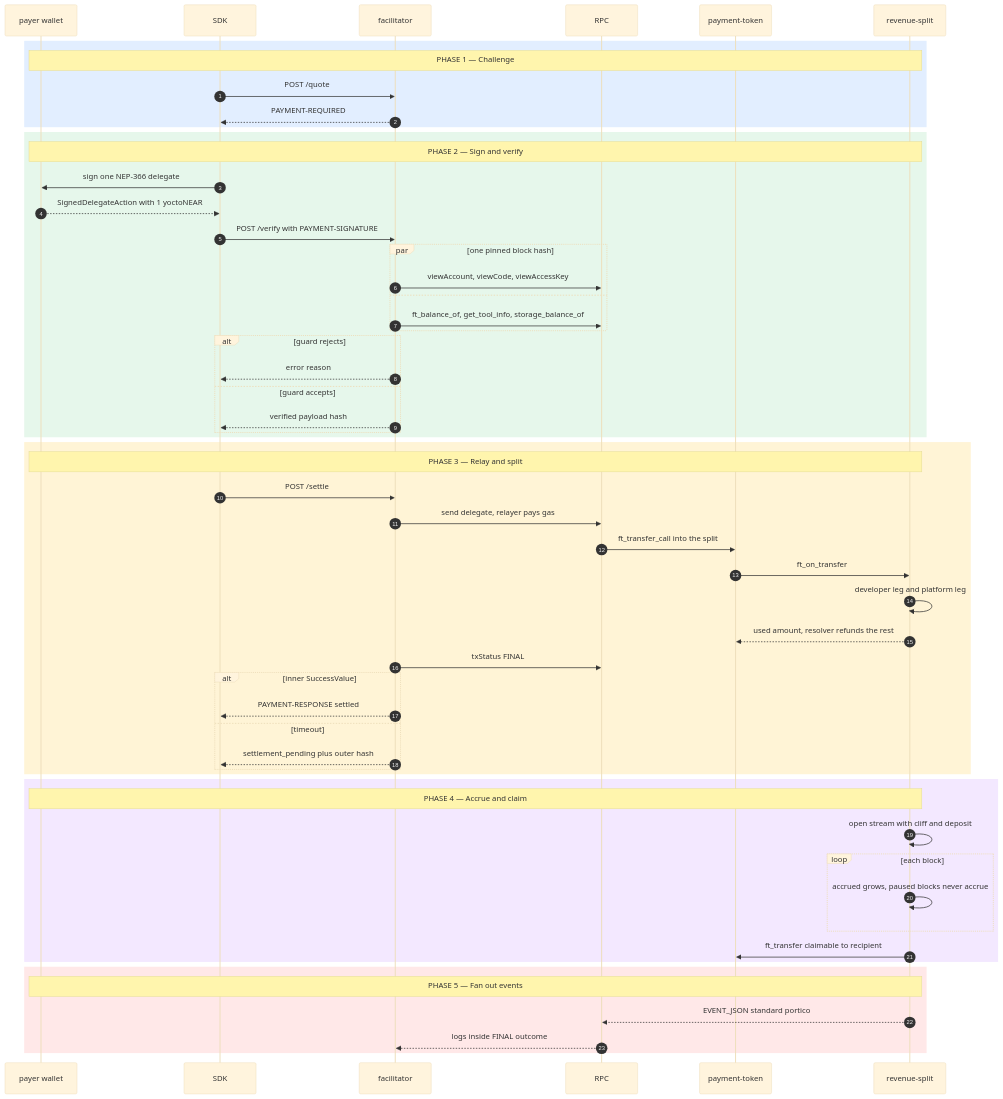
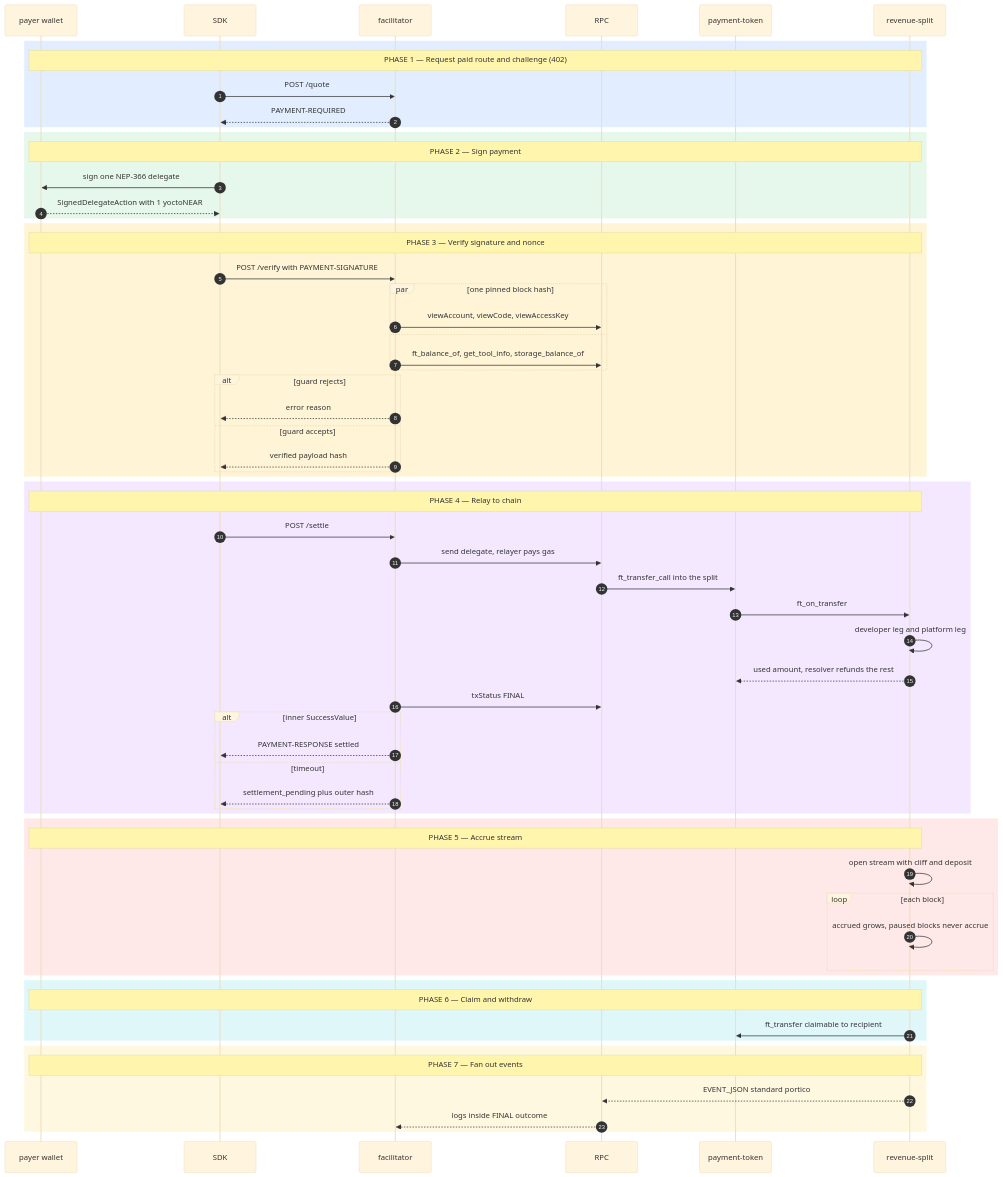
One commit to skthnr/paid-api-payment-rail changed the diagram in README.md. Above: the diagram before and after it, drawn with Mermaid.

Commit message:
docs(portico): expand diagram to 7 phases

````diff
--- a/README.md
+++ b/README.md
@@ -5,60 +5,66 @@
 ```mermaid
 %%{init: {"theme":"base","themeVariables":{"fontSize":"14px"}}}%%
 sequenceDiagram
     autonumber
     participant W as payer wallet
     participant S as SDK
     participant F as facilitator
     participant R as RPC
     participant T as payment-token
     participant V as revenue-split
     rect rgb(226,238,255)
-    Note over W,V: PHASE 1 — Challenge
+    Note over W,V: PHASE 1 — Request paid route and challenge (402)
     S->>F: POST /quote
     F-->>S: PAYMENT-REQUIRED
     end
     rect rgb(230,247,235)
-    Note over W,V: PHASE 2 — Sign and verify
+    Note over W,V: PHASE 2 — Sign payment
     S->>W: sign one NEP-366 delegate
     W-->>S: SignedDelegateAction with 1 yoctoNEAR
+    end
+    rect rgb(255,244,214)
+    Note over W,V: PHASE 3 — Verify signature and nonce
     S->>F: POST /verify with PAYMENT-SIGNATURE
     par one pinned block hash
     F->>R: viewAccount, viewCode, viewAccessKey
     and
     F->>R: ft_balance_of, get_tool_info, storage_balance_of
     end
     alt guard rejects
     F-->>S: error reason
     else guard accepts
     F-->>S: verified payload hash
     end
     end
-    rect rgb(255,244,214)
-    Note over W,V: PHASE 3 — Relay and split
+    rect rgb(243,232,255)
+    Note over W,V: PHASE 4 — Relay to chain
     S->>F: POST /settle
     F->>R: send delegate, relayer pays gas
     R->>T: ft_transfer_call into the split
     T->>V: ft_on_transfer
     V->>V: developer leg and platform leg
     V-->>T: used amount, resolver refunds the rest
     F->>R: txStatus FINAL
     alt inner SuccessValue
     F-->>S: PAYMENT-RESPONSE settled
     else timeout
     F-->>S: settlement_pending plus outer hash
     end
     end
-    rect rgb(243,232,255)
-    Note over W,V: PHASE 4 — Accrue and claim
+    rect rgb(255,232,232)
+    Note over W,V: PHASE 5 — Accrue stream
     V->>V: open stream with cliff and deposit
     loop each block
     V->>V: accrued grows, paused blocks never accrue
     end
+    end
+    rect rgb(224,247,250)
+    Note over W,V: PHASE 6 — Claim and withdraw
     V->>T: ft_transfer claimable to recipient
     end
-    rect rgb(255,232,232)
-    Note over W,V: PHASE 5 — Fan out events
+    rect rgb(255,248,225)
+    Note over W,V: PHASE 7 — Fan out events
     V-->>R: EVENT_JSON standard portico
     R-->>F: logs inside FINAL outcome
     end
 ```
````
